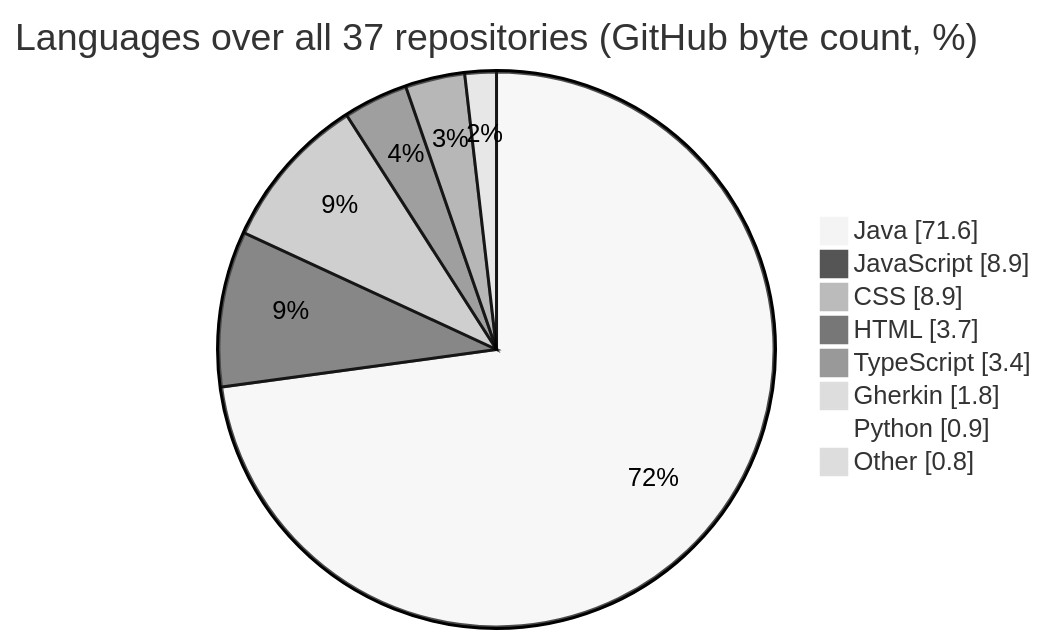
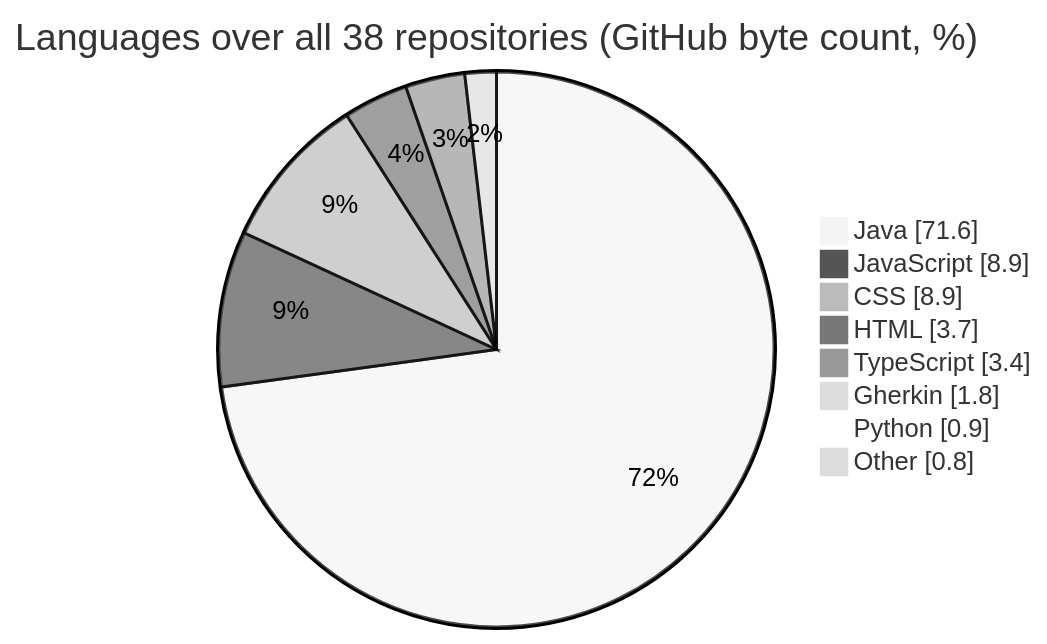
Before and after one commit to rbchy/ranajitchowdhury: the fourth of 14 diagrams in README.md, drawn with Mermaid (neutral theme). The commit also changed other lines of this file and 3 other files, not shown here.

````diff
--- a/README.md
+++ b/README.md
@@ -100,12 +100,12 @@
 ```mermaid
 pie showData
-    title Languages over all 37 repositories (GitHub byte count, %)
+    title Languages over all 38 repositories (GitHub byte count, %)
     "Java" : 71.6
     "JavaScript" : 8.9
     "CSS" : 8.9
     "HTML" : 3.7
     "TypeScript" : 3.4
     "Gherkin" : 1.8
     "Python" : 0.9
     "Other" : 0.8
 ```
````
